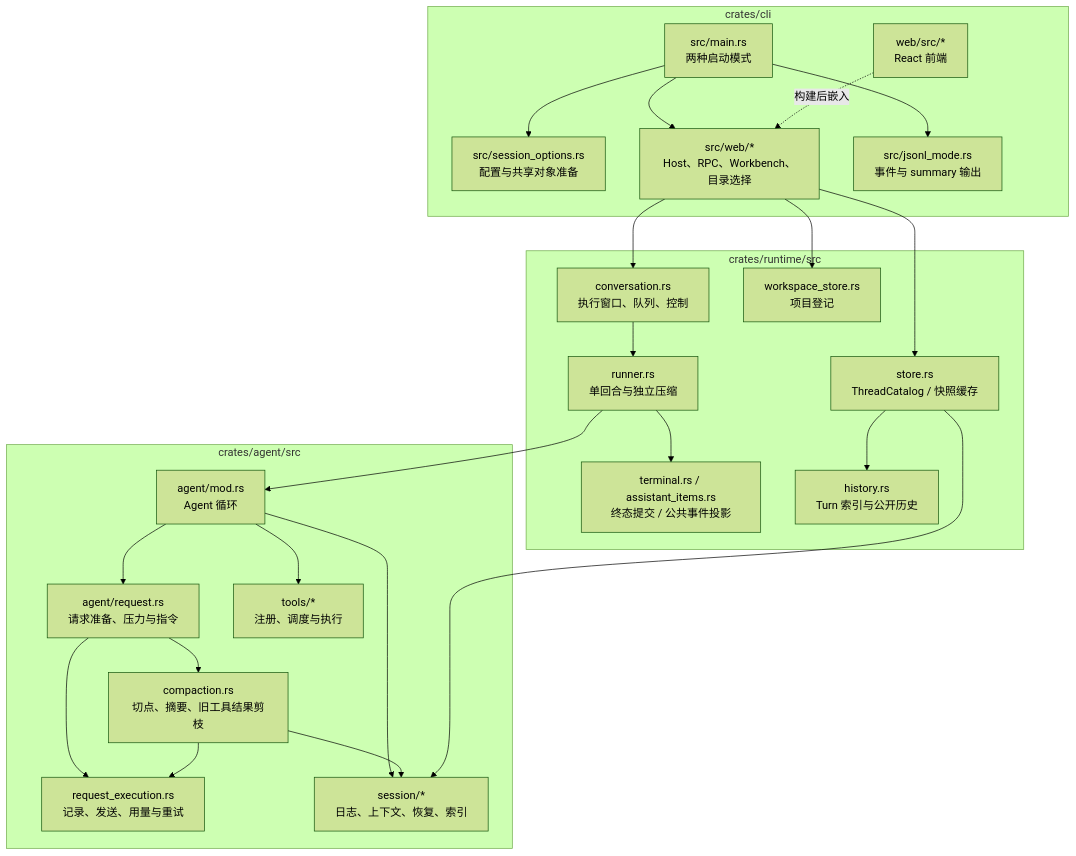
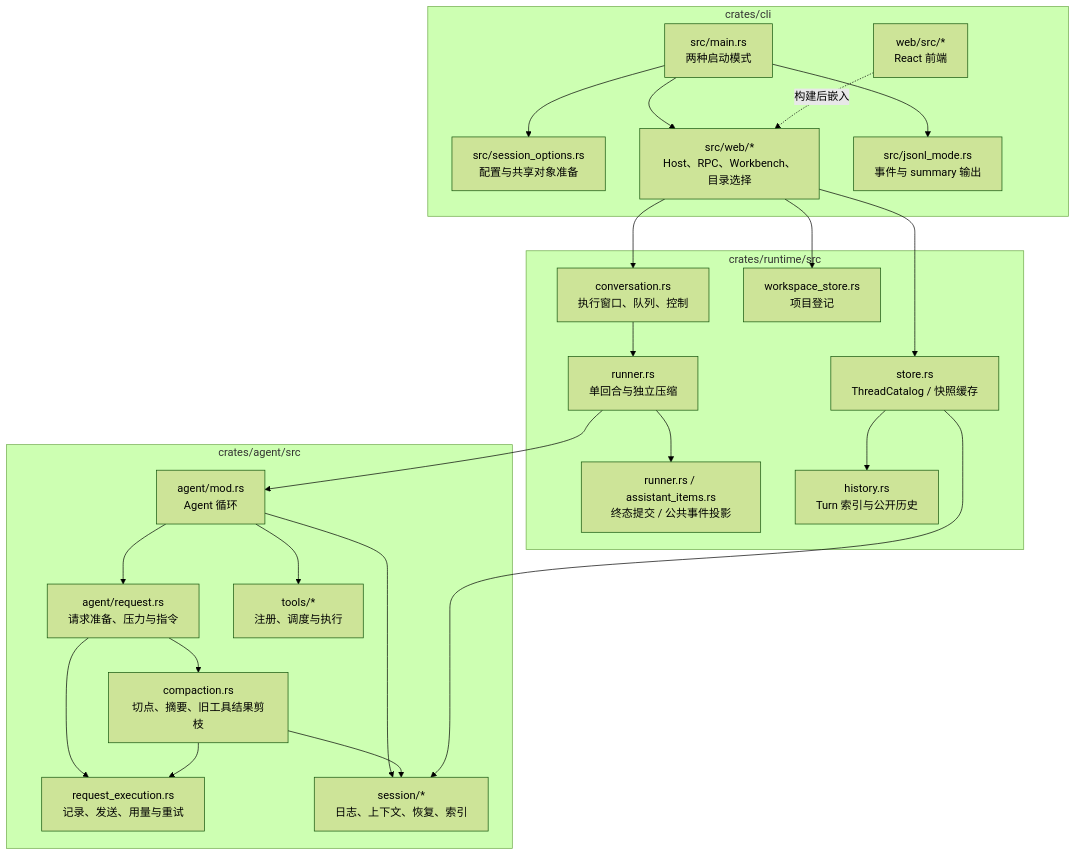
The third of 29 diagrams in docs/singularity.md (qjcnmd/singularity-agent), drawn with Mermaid (forest theme) before and after one commit. The commit also changed other lines of this file and 28 other files, not shown here.

````diff
--- a/docs/singularity.md
+++ b/docs/singularity.md
@@ -73,29 +73,29 @@
 ```mermaid
 flowchart TB
     subgraph CliSource["crates/cli"]
         Main["src/main.rs<br/>两种启动模式"] --> Setup["src/session_options.rs<br/>配置与共享对象准备"]
         Main --> Web["src/web/*<br/>Host、RPC、Workbench、目录选择"]
         Main --> JSONL["src/jsonl_mode.rs<br/>事件与 summary 输出"]
         Front["web/src/*<br/>React 前端"] -. "构建后嵌入" .-> Web
     end
     subgraph RuntimeSource["crates/runtime/src"]
         Conv["conversation.rs<br/>执行窗口、队列、控制"] --> Run["runner.rs<br/>单回合与独立压缩"]
-        Run --> Terminal["terminal.rs / assistant_items.rs<br/>终态提交 / 公共事件投影"]
+        Run --> Terminal["runner.rs / assistant_items.rs<br/>终态提交 / 公共事件投影"]
         Catalog["store.rs<br/>ThreadCatalog / 快照缓存"] --> History["history.rs<br/>Turn 索引与公开历史"]
         WS["workspace_store.rs<br/>项目登记"]
     end
     subgraph AgentSource["crates/agent/src"]
         Loop["agent/mod.rs<br/>Agent 循环"] --> Requests["agent/request.rs<br/>请求准备、压力与指令"]
         Loop --> Tool["tools/*<br/>注册、调度与执行"]
         Requests --> Compact["compaction.rs<br/>切点、摘要、旧工具结果剪枝"]
         Requests --> Execute["request_execution.rs<br/>记录、发送、用量与重试"]
         Compact --> Execute
         Loop --> Sessions["session/*<br/>日志、上下文、恢复、索引"]
         Compact --> Sessions
     end
     Web --> Conv
     Web --> Catalog
     Web --> WS
     Run --> Loop
     Catalog --> Sessions
 ```
````
